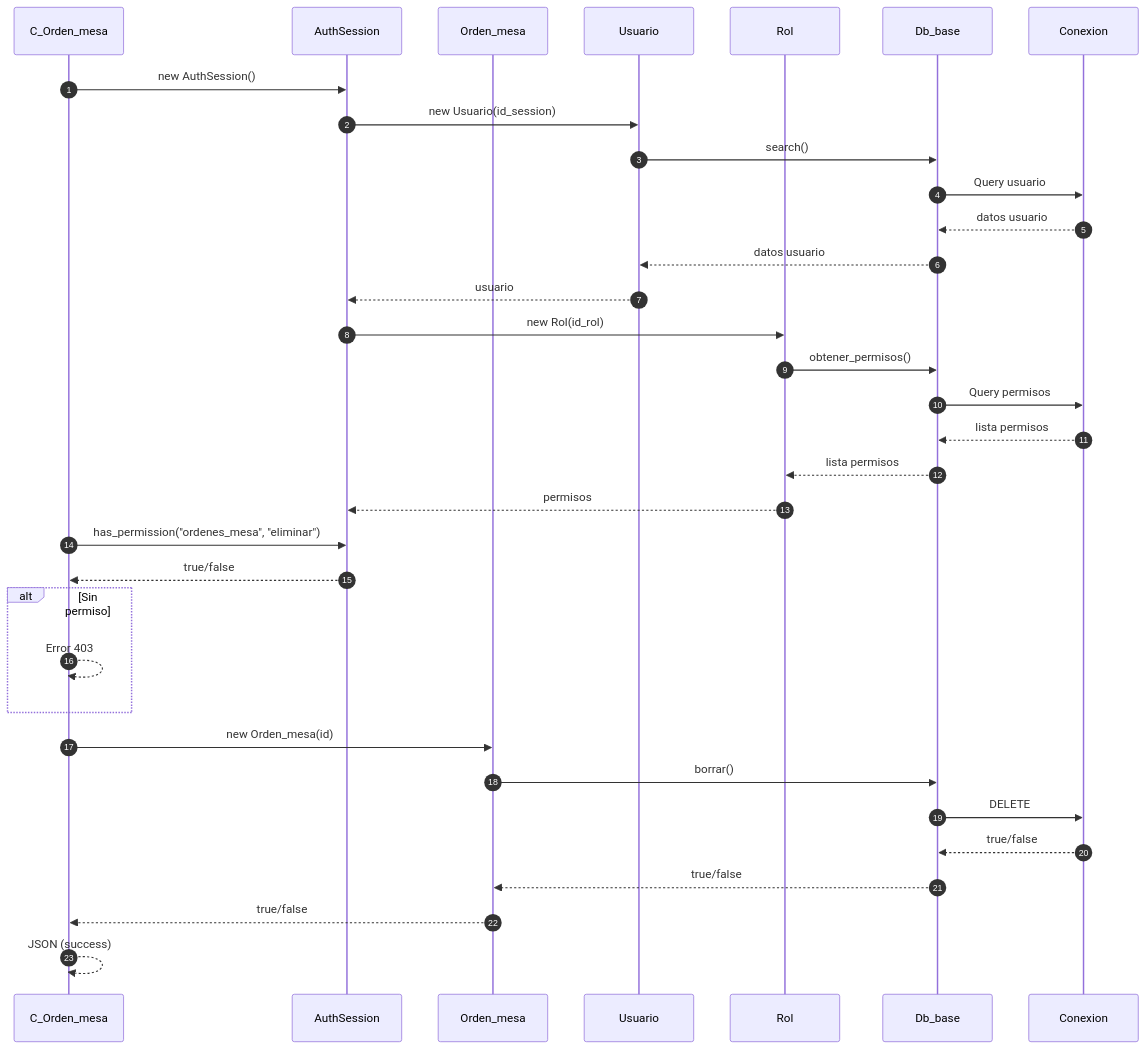
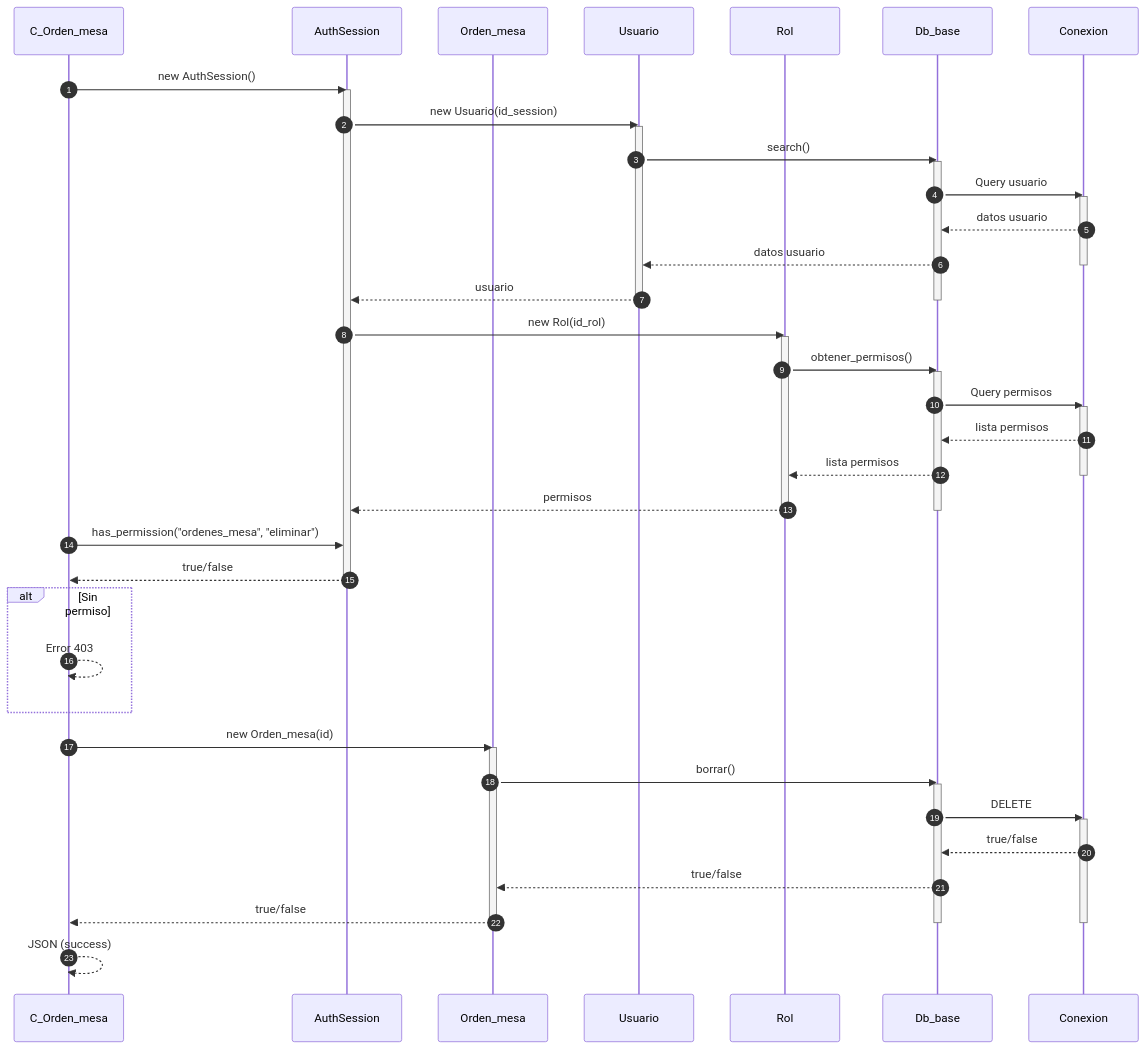
The fifth of 5 diagrams in docs/secuencia/mesas/mesas.md (Tecrato/BurgerHouse), drawn with Mermaid before and after one commit. The commit also changed other lines of this file and 16 other files, not shown here.

First line of the commit message:
Annotate mermaid sequences & throttle generator

````diff
--- a/docs/secuencia/mesas/mesas.md
+++ b/docs/secuencia/mesas/mesas.md
@@ -195,42 +297,62 @@
 ```mermaid
 sequenceDiagram
     autonumber
     participant C_Orden_mesa as C_Orden_mesa
     participant AuthSession as AuthSession
     participant Orden_mesa as Orden_mesa
     participant Usuario as Usuario
     participant Rol as Rol
     participant Db_base as Db_base
     participant Conexion as Conexion
     
     C_Orden_mesa->>AuthSession: new AuthSession()
+    activate AuthSession
     AuthSession->>Usuario: new Usuario(id_session)
+    activate Usuario
     Usuario->>Db_base: search()
+    activate Db_base
     Db_base->>Conexion: Query usuario
+    activate Conexion
     Conexion-->>Db_base: datos usuario
     Db_base-->>Usuario: datos usuario
+    deactivate Conexion
     Usuario-->>AuthSession: usuario
+    deactivate Usuario
+    deactivate Db_base
     
     AuthSession->>Rol: new Rol(id_rol)
+    activate Rol
     Rol->>Db_base: obtener_permisos()
+    activate Db_base
     Db_base->>Conexion: Query permisos
+    activate Conexion
     Conexion-->>Db_base: lista permisos
     Db_base-->>Rol: lista permisos
+    deactivate Conexion
     Rol-->>AuthSession: permisos
+    deactivate Rol
+    deactivate Db_base
     
     C_Orden_mesa->>AuthSession: has_permission("ordenes_mesa", "eliminar")
     AuthSession-->>C_Orden_mesa: true/false
+    deactivate AuthSession
     
     alt Sin permiso
         C_Orden_mesa-->>C_Orden_mesa: Error 403
     end
     
     C_Orden_mesa->>Orden_mesa: new Orden_mesa(id)
+    activate Orden_mesa
     Orden_mesa->>Db_base: borrar()
+    activate Db_base
     Db_base->>Conexion: DELETE
+    activate Conexion
     Conexion-->>Db_base: true/false
     Db_base-->>Orden_mesa: true/false
     Orden_mesa-->>C_Orden_mesa: true/false
+    deactivate Orden_mesa
+    deactivate Conexion
+    deactivate Db_base
     
     C_Orden_mesa-->>C_Orden_mesa: JSON (success)
 ```
````
